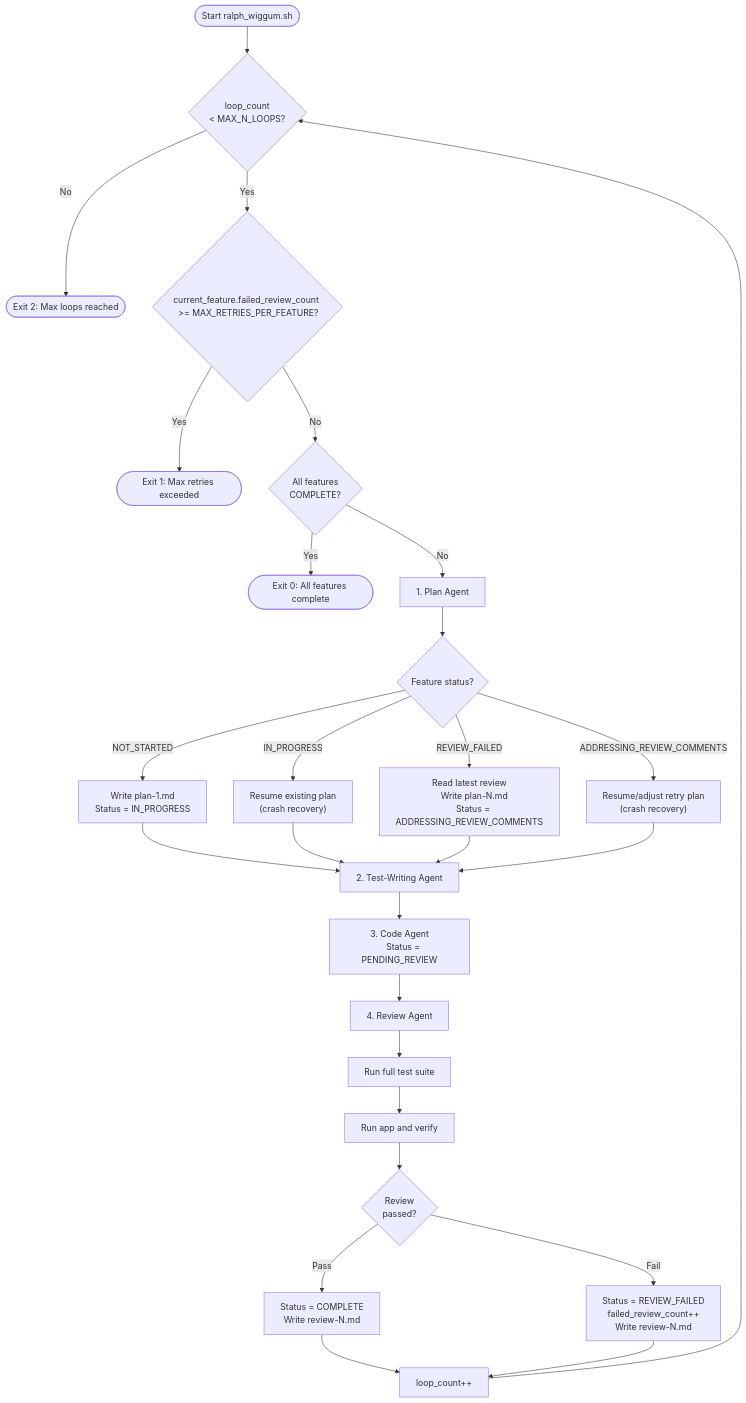
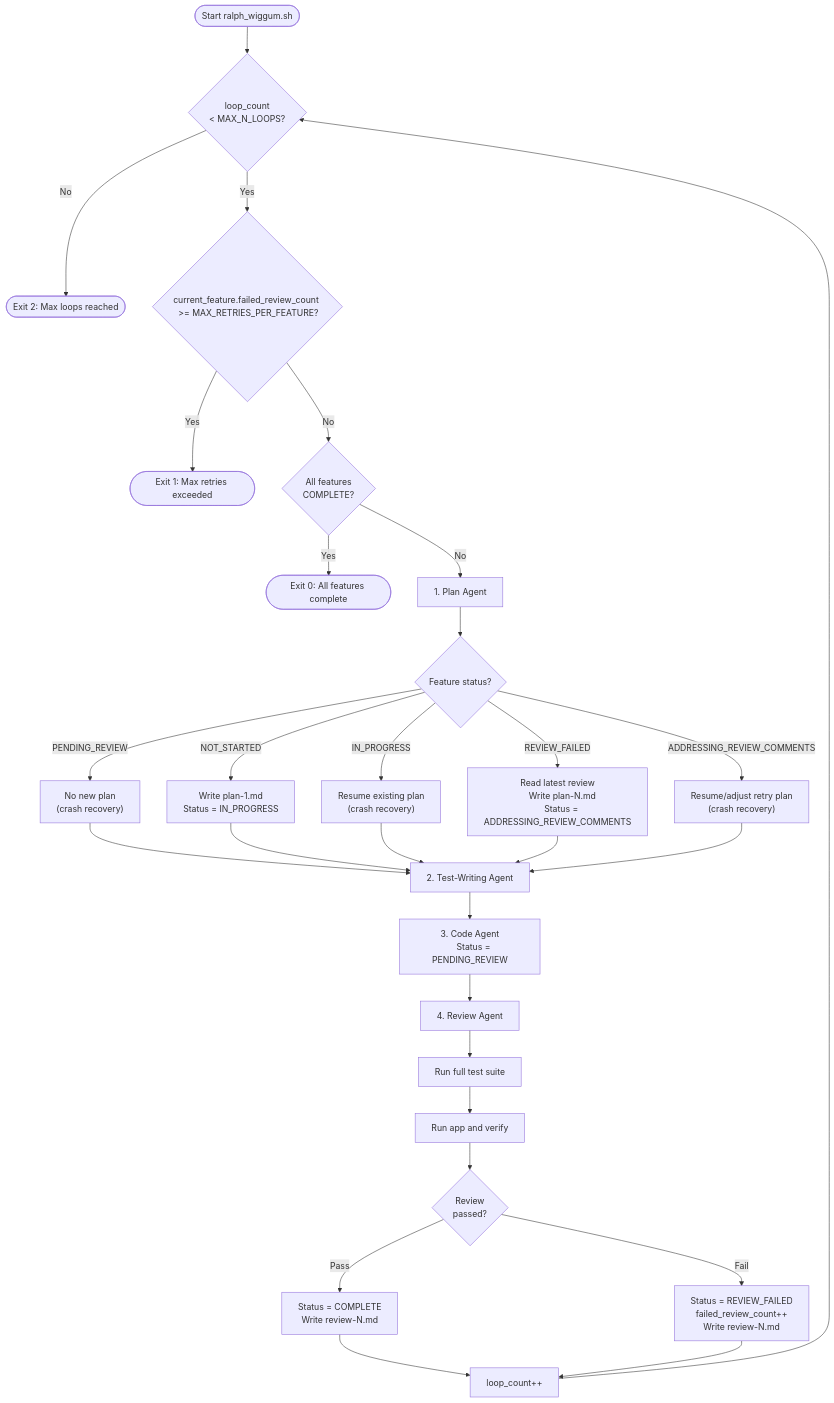
Before and after one commit to J-sephB-lt-n/ralph-wiggum: the diagram in README.md, drawn with Mermaid. The commit also changed other lines of this file, not shown here.

Commit message:
docs(README.md): told plan agent that status=PENDING_REVIEW is also a crash recovery state

````diff
--- a/README.md
+++ b/README.md
@@ -101,44 +102,47 @@
 ```mermaid
 flowchart TD
     Start([Start ralph_wiggum.sh]) --> CheckLoops{loop_count <br> < MAX_N_LOOPS?}
 
     CheckLoops -- No --> ExitLoops([Exit 2: Max loops reached])
     CheckLoops -- Yes --> CheckRetries{current_feature.failed_review_count <br> >= MAX_RETRIES_PER_FEATURE?}
     CheckRetries -- Yes --> ExitRetries([Exit 1: Max retries exceeded])
     CheckRetries -- No --> CheckComplete{All features <br> COMPLETE?}
     CheckComplete -- Yes --> ExitDone([Exit 0: All features complete])
     CheckComplete -- No --> Plan
 
     Plan[1. Plan Agent] --> PlanBranch{Feature status?}
+    PlanBranch -- PENDING_REVIEW --> SkipToReview["No new plan
+    (crash recovery)"]
     PlanBranch -- NOT_STARTED --> NewPlan["Write plan-1.md
     Status = IN_PROGRESS"]
     PlanBranch -- IN_PROGRESS --> Resume["Resume existing plan
     (crash recovery)"]
     PlanBranch -- REVIEW_FAILED --> Replan["Read latest review
     Write plan-N.md
     Status = ADDRESSING_REVIEW_COMMENTS"]
     PlanBranch -- ADDRESSING_REVIEW_COMMENTS --> ResumeRetry["Resume/adjust retry plan
     (crash recovery)"]
 
+    SkipToReview --> Test
     NewPlan --> Test
     Resume --> Test
     Replan --> Test
     ResumeRetry --> Test
 
     Test[2. Test-Writing Agent] --> Code["3. Code Agent
     Status = PENDING_REVIEW"]
     Code --> Review[4. Review Agent]
 
     Review --> RunTests[Run full test suite]
     RunTests --> TryApp[Run app and verify]
     TryApp --> Result{Review <br> passed?}
     Result -- Pass --> Pass["Status = COMPLETE
     Write review-N.md"]
     Result -- Fail --> Fail["Status = REVIEW_FAILED
     failed_review_count++
     Write review-N.md"]
 
     Pass --> IncLoop[loop_count++]
     Fail --> IncLoop
     IncLoop --> CheckLoops
 ```
````
